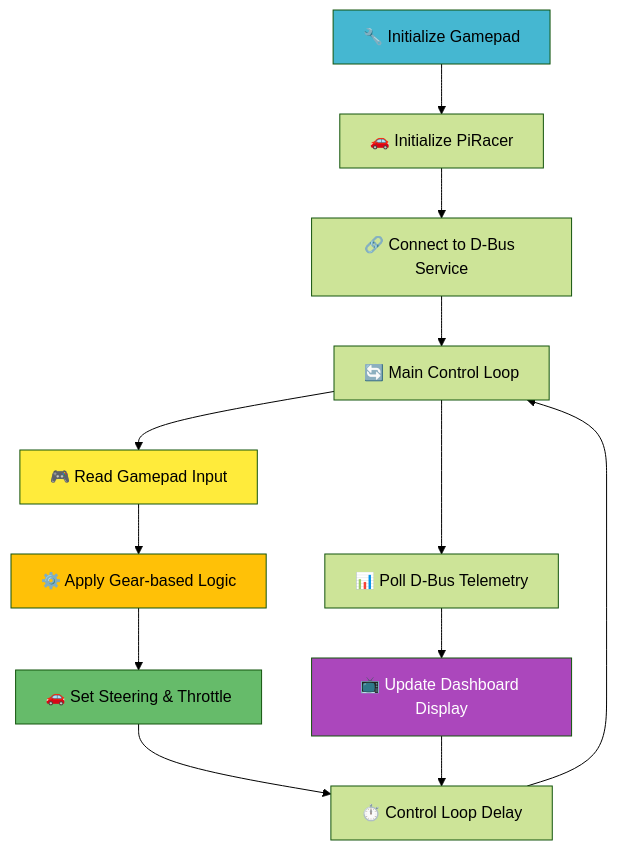
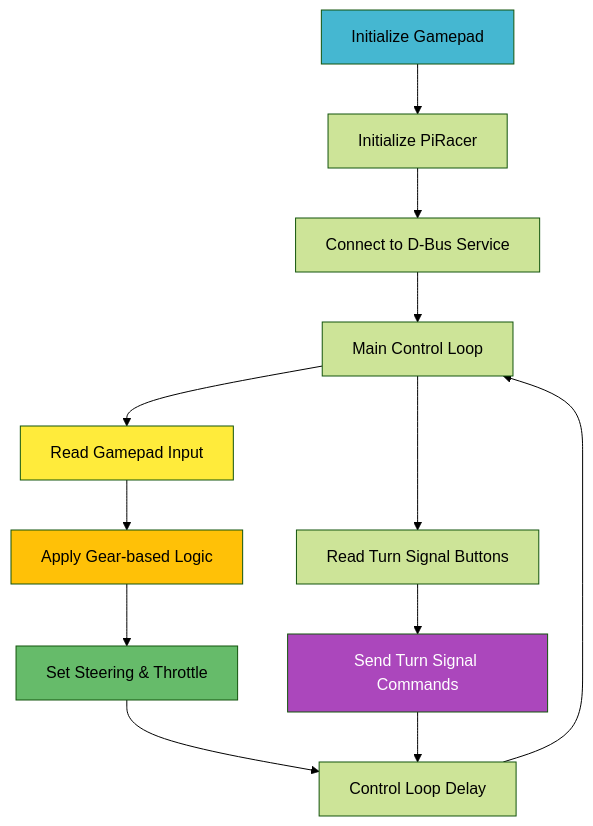
The fifth of 8 diagrams in README.md (saicharansathyam/Instrument-Cluster), drawn with Mermaid (forest theme) before and after one commit. The commit also changed other lines of this file, not shown here.

````diff
--- a/README.md
+++ b/README.md
@@ -82,23 +117,23 @@
 ```mermaid
 flowchart TD
-    A[🔧 Initialize Gamepad] --> B[🚗 Initialize PiRacer]
-    B --> C[🔗 Connect to D-Bus Service]
-    C --> D[🔄 Main Control Loop]
+    A[Initialize Gamepad] --> B[Initialize PiRacer]
+    B --> C[Connect to D-Bus Service]
+    C --> D[Main Control Loop]
     
-    D --> E[🎮 Read Gamepad Input]
-    E --> F[⚙️ Apply Gear-based Logic]
-    F --> G[🚗 Set Steering & Throttle]
+    D --> E[Read Gamepad Input]
+    E --> F[Apply Gear-based Logic]
+    F --> G[Set Steering & Throttle]
     
-    D --> H[📊 Poll D-Bus Telemetry]
-    H --> I[📺 Update Dashboard Display]
+    D --> H[Read Turn Signal Buttons]
+    H --> I[Send Turn Signal Commands]
     
-    G --> J[⏱️ Control Loop Delay]
+    G --> J[Control Loop Delay]
     I --> J
     J --> D
     
     style A fill:#45b7d1,color:#000
     style G fill:#66bb6a,color:#000
     style I fill:#ab47bc,color:#fff
     style E fill:#ffeb3b,color:#000
     style F fill:#ffc107,color:#000
 ```
````
